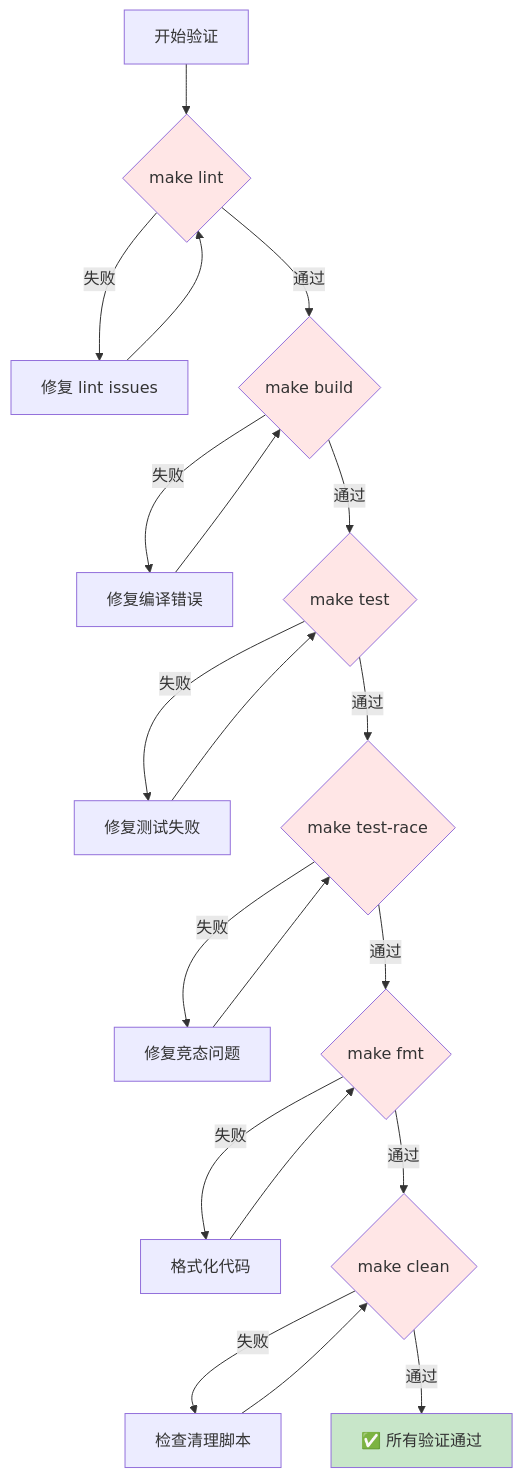
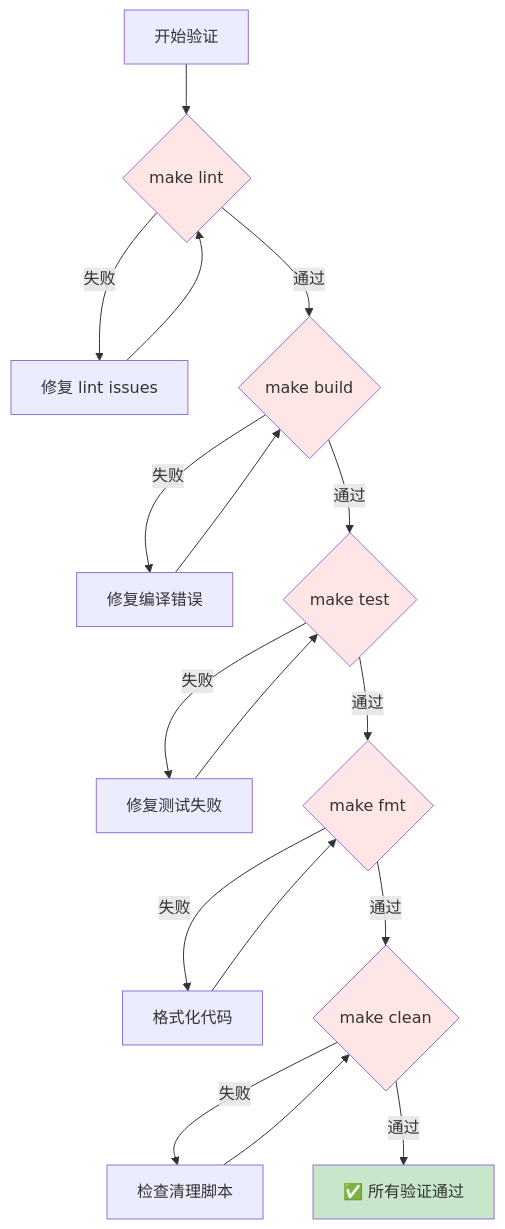
The second of 2 diagrams in docs/workflow.md (jzhang405/NexKV), drawn with Mermaid before and after one commit. The commit also changed other lines of this file and 13 other files, not shown here.

````diff
--- a/docs/workflow.md
+++ b/docs/workflow.md
@@ -749,30 +738,26 @@
 ```mermaid
 flowchart TD
     A[开始验证] --> B{make lint}
     B -->|失败| B1[修复 lint issues]
     B1 --> B
     B -->|通过| C{make build}
     C -->|失败| C1[修复编译错误]
     C1 --> C
     C -->|通过| D{make test}
     D -->|失败| D1[修复测试失败]
     D1 --> D
-    D -->|通过| E{make test-race}
-    E -->|失败| E1[修复竞态问题]
+    D -->|通过| E{make fmt}
+    E -->|失败| E1[格式化代码]
     E1 --> E
-    E -->|通过| F{make fmt}
-    F -->|失败| F1[格式化代码]
+    E -->|通过| F{make clean}
+    F -->|失败| F1[检查清理脚本]
     F1 --> F
-    F -->|通过| G{make clean}
-    G -->|失败| G1[检查清理脚本]
-    G1 --> G
-    G -->|通过| H[✅ 所有验证通过]
+    F -->|通过| G[✅ 所有验证通过]
 
     style B fill:#ffe6e6
     style C fill:#ffe6e6
     style D fill:#ffe6e6
     style E fill:#ffe6e6
     style F fill:#ffe6e6
-    style G fill:#ffe6e6
-    style H fill:#c8e6c9
+    style G fill:#c8e6c9
 ```
````
